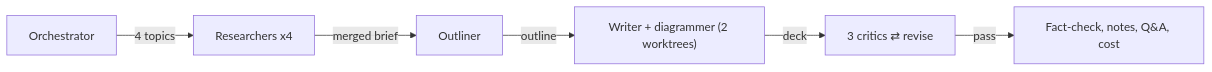
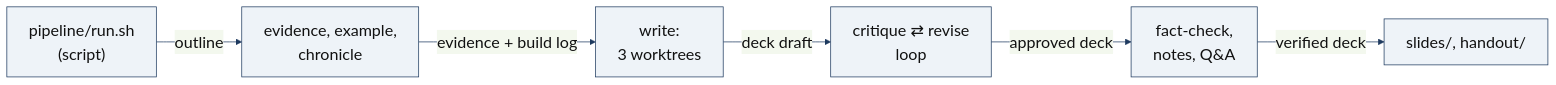
Before and after one commit to xoubish/multiGrits: the diagram in diagrams/meta-pipeline.mmd, drawn with Mermaid. The commit also changed 10 other files, not shown here.

Commit message:
pipeline: diagrammer in worktree diagrams

```diff
--- a/diagrams/meta-pipeline.mmd
+++ b/diagrams/meta-pipeline.mmd
@@ -1,6 +1,7 @@
+%%{init: {"theme": "base", "themeVariables": {"fontSize": "22px", "primaryColor": "#eef3f8", "primaryBorderColor": "#1e3a5f", "primaryTextColor": "#111", "lineColor": "#1e3a5f"}}}%%
 flowchart LR
-  H["Orchestrator"] -->|"4 topics"| R["Researchers x4"]
-  R -->|"merged brief"| O["Outliner"]
-  O -->|"outline"| W["Writer + diagrammer (2 worktrees)"]
-  W -->|"deck"| C["3 critics ⇄ revise"]
-  C -->|"pass"| F["Fact-check, notes, Q&A, cost"]
+  S["pipeline/run.sh\n(script)"] -->|"outline"| E["evidence, example,\nchronicle"]
+  E -->|"evidence + build log"| W["write:\n3 worktrees"]
+  W -->|"deck draft"| L["critique ⇄ revise\nloop"]
+  L -->|"approved deck"| V["fact-check,\nnotes, Q&A"]
+  V -->|"verified deck"| D["slides/, handout/"]
```
